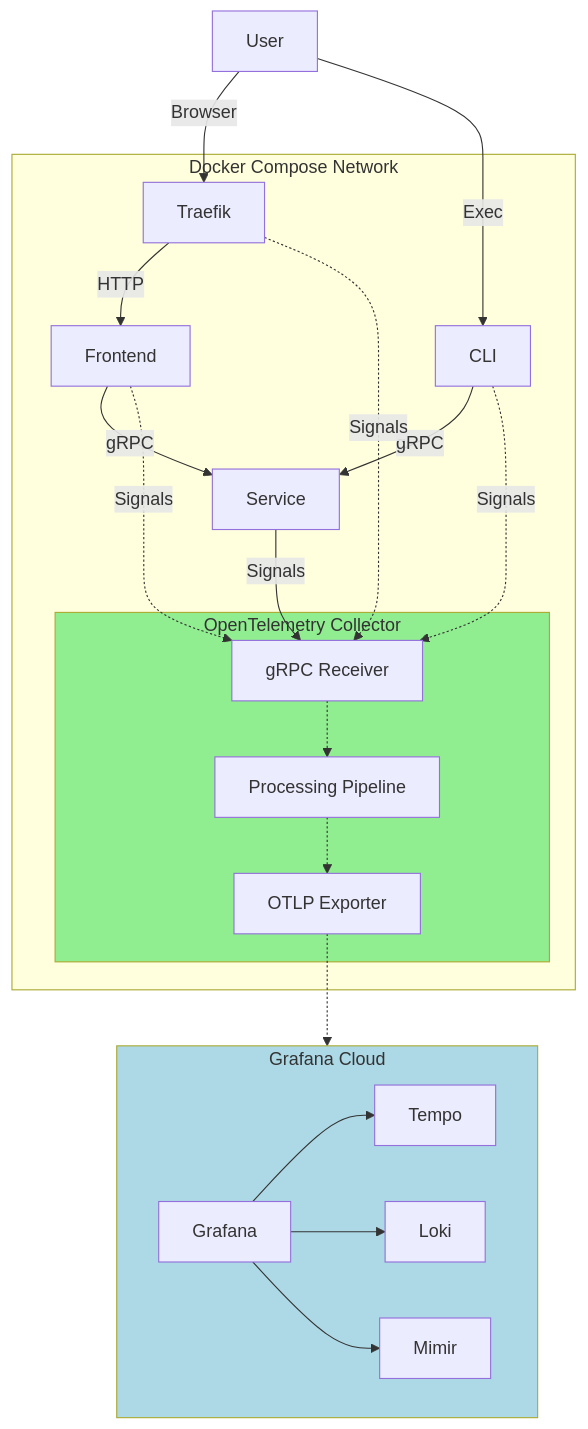
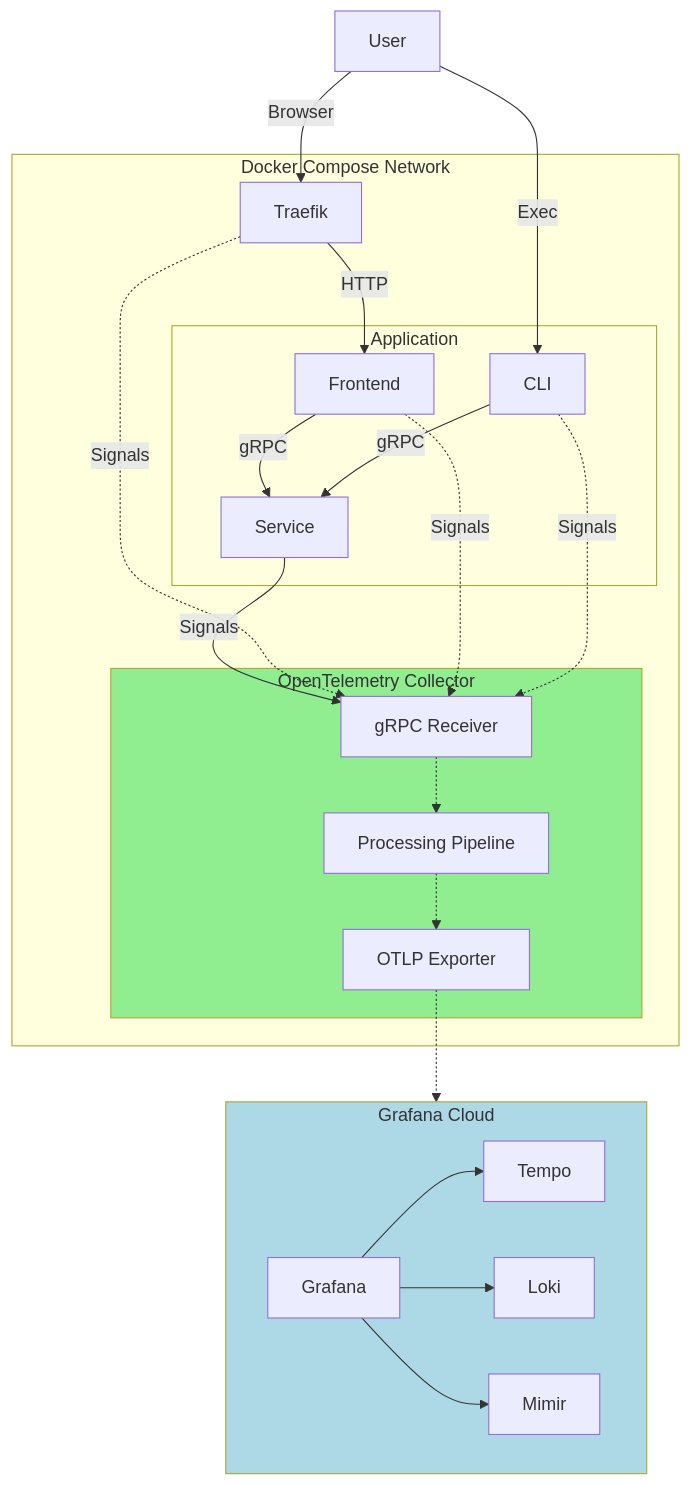
One commit to dkrizic/feature changed the diagram in demo/README.md. Above: the diagram before and after it, drawn with Mermaid.

````diff
--- a/demo/README.md
+++ b/demo/README.md
@@ -13,38 +13,41 @@
 ```mermaid
 graph TD
     style OC fill:lightgreen
     style GC fill:lightblue
+    style APP fill:lightyellow
     U[User]
     subgraph DC[Docker Compose Network]
     T[Traefik]
-    F[Frontend]
-    CLI[CLI]
-    S[Service]
+    subgraph APP[Application]
+        F[Frontend]
+        CLI[CLI]
+        S[Service]
+    end
     subgraph OC[OpenTelemetry Collector]
       GRPC[gRPC Receiver]
       PIPE[Processing Pipeline]
       EXP[OTLP Exporter]
     end
     end
     subgraph GC[Grafana Cloud]
       TMP[Tempo]
       LOK[Loki]
       MIM[Mimir]
       GRF[Grafana]
       GRF-->TMP
       GRF-->LOK
       GRF-->MIM
     end
     T-->|HTTP|F
     F-->|gRPC|S
     CLI-->|gRPC|S
     S-->|Signals|GRPC
     GRPC-.->PIPE
     PIPE-.->EXP
     U-->|Browser|T
     U-->|Exec|CLI
     EXP-.->GC
     T-.->|Signals|GRPC
     F-.->|Signals|GRPC
     CLI-.->|Signals|GRPC
 ```
````
